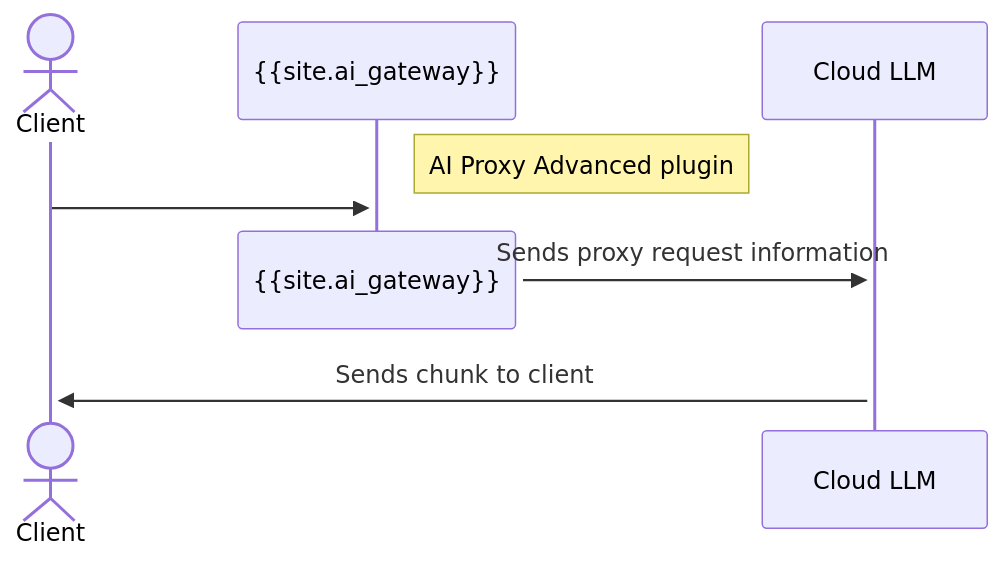
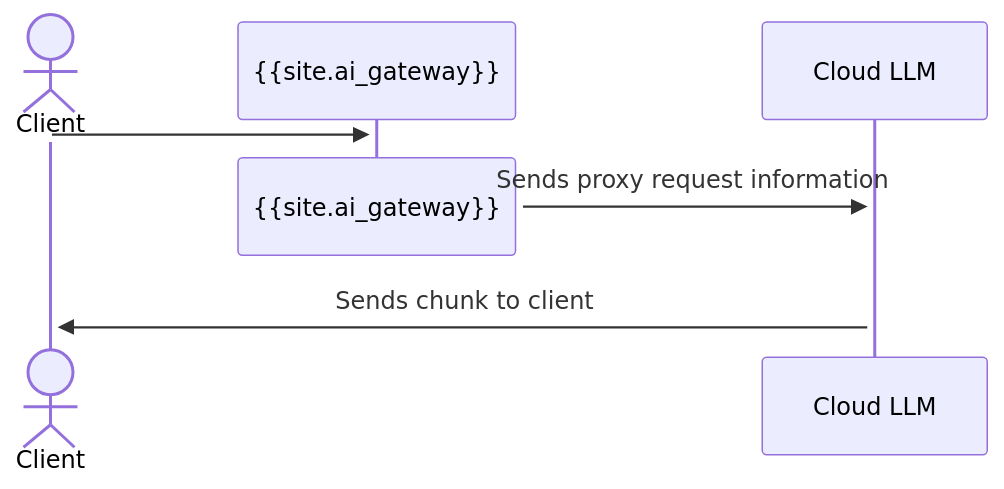
One commit to Kong/developer.konghq.com changed the first of 2 diagrams in app/ai-gateway/streaming.md. Above: the diagram before and after it, drawn with Mermaid. The commit also changed other lines of this file, not shown here.

Commit message:
diagrams and config cleanup

```diff
--- a/app/ai-gateway/streaming.md
+++ b/app/ai-gateway/streaming.md
@@ -67,10 +62,9 @@
 {% mermaid %}
 sequenceDiagram
   actor Client
   participant {{site.ai_gateway}}
-  Note right of {{site.ai_gateway}}: AI Proxy Advanced plugin
   Client->>+{{site.ai_gateway}}:
   destroy {{site.ai_gateway}}
   {{site.ai_gateway}}->>+Cloud LLM: Sends proxy request information
   Cloud LLM->>+Client: Sends chunk to client
 {% endmermaid %}
```
